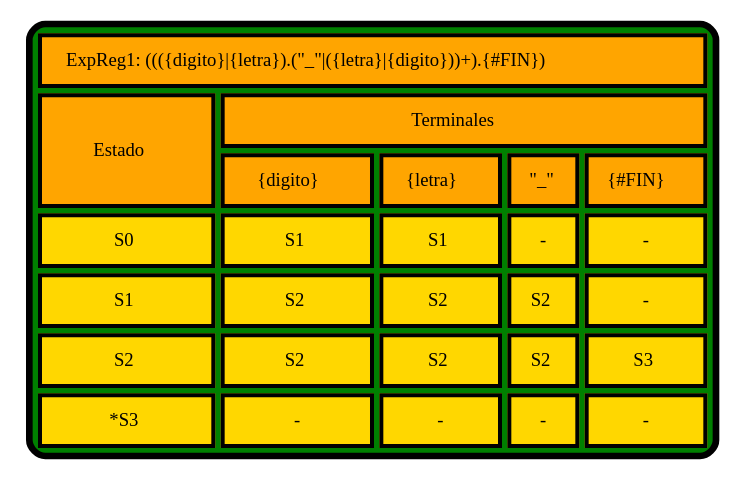
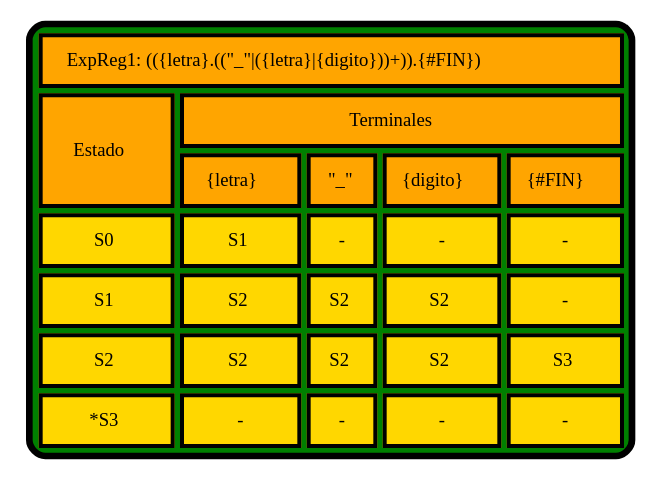
The diagram in TRANSICIONES_202004765/TablaTrans_ExpReg1.dot (PikaGuty/OLC1_Proyecto1_202004765), drawn with Graphviz before and after one commit. The commit also changed 49 other files, not shown here.

```diff
--- a/TRANSICIONES_202004765/TablaTrans_ExpReg1.dot
+++ b/TRANSICIONES_202004765/TablaTrans_ExpReg1.dot
@@ -1,44 +1,44 @@
 digraph G { 
 label=<
 <TABLE border="5" cellspacing="4" cellpadding="10" style="rounded" bgcolor="green" gradientangle="315">
 <TR>
-<TD border="3"  colspan="5" bgcolor="orange">ExpReg1: ((({digito}|{letra}).("_"|({letra}|{digito}))+).{#FIN})</TD>
+<TD border="3"  colspan="5" bgcolor="orange">ExpReg1: (({letra}.(("_"|({letra}|{digito}))+)).{#FIN})</TD>
 </TR>
 <TR>
 <TD border="3"  rowspan="2" bgcolor="orange">Estado</TD>
 <TD border="3"  colspan="4" bgcolor="orange">Terminales</TD>
 </TR>
 <TR>
-<TD border="3" bgcolor="orange">{digito}</TD>
 <TD border="3" bgcolor="orange">{letra}</TD>
 <TD border="3" bgcolor="orange">"_"</TD>
+<TD border="3" bgcolor="orange">{digito}</TD>
 <TD border="3" bgcolor="orange">{#FIN}</TD>
 </TR>
 <TR>
 <TD border="3"  bgcolor="gold">S0</TD><TD border="3" bgcolor="gold">S1</TD>
-<TD border="3" bgcolor="gold">S1</TD>
+<TD border="3" bgcolor="gold">-</TD>
 <TD border="3" bgcolor="gold">-</TD>
 <TD border="3" bgcolor="gold">-</TD>
 </TR>
 <TR>
 <TD border="3"  bgcolor="gold">S1</TD><TD border="3" bgcolor="gold">S2</TD>
 <TD border="3" bgcolor="gold">S2</TD>
 <TD border="3" bgcolor="gold">S2</TD>
 <TD border="3" bgcolor="gold">-</TD>
 </TR>
 <TR>
 <TD border="3"  bgcolor="gold">S2</TD><TD border="3" bgcolor="gold">S2</TD>
 <TD border="3" bgcolor="gold">S2</TD>
 <TD border="3" bgcolor="gold">S2</TD>
 <TD border="3" bgcolor="gold">S3</TD>
 </TR>
 <TR>
 <TD border="3"  bgcolor="gold">*S3</TD><TD border="3" bgcolor="gold">-</TD>
 <TD border="3" bgcolor="gold">-</TD>
 <TD border="3" bgcolor="gold">-</TD>
 <TD border="3" bgcolor="gold">-</TD>
 </TR>
 </TABLE>>
 
 
 }
```
